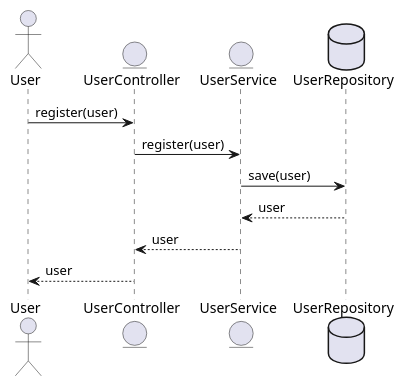
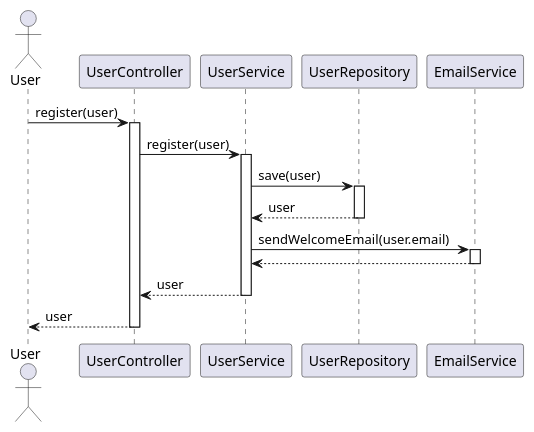
The first of 5 diagrams in identityprovider/documentation/detaileddesign.adoc (Dinesh-s95/AutoDoc.ai), drawn with PlantUML before and after one commit. The commit also changed other lines of this file and 4 other files, not shown here.

```diff
--- a/identityprovider/documentation/detaileddesign.adoc
+++ b/identityprovider/documentation/detaileddesign.adoc
@@ -297,16 +259,32 @@
-[plantuml, user-registration-flow, png]
+[plantuml, user-registration-sequence, png]
 ----
 @startuml
 actor User
-entity UserController
-entity UserService
-database UserRepository
+participant UserController
+participant UserService
+participant UserRepository
+participant EmailService
 
 User -> UserController : register(user)
+activate UserController
+
 UserController -> UserService : register(user)
+activate UserService
+
 UserService -> UserRepository : save(user)
+activate UserRepository
 UserRepository --> UserService : user
+deactivate UserRepository
+
+UserService -> EmailService : sendWelcomeEmail(user.email)
+activate EmailService
+EmailService --> UserService
+deactivate EmailService
+
 UserService --> UserController : user
+deactivate UserService
+
 UserController --> User : user
+deactivate UserController
 @enduml
 ----
```
